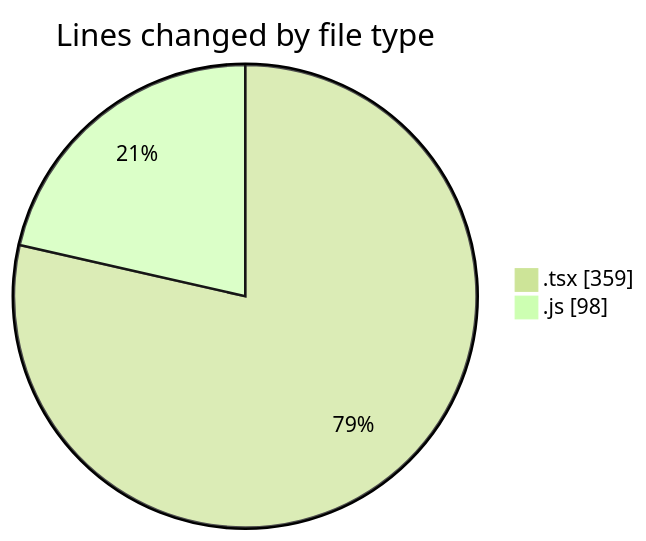
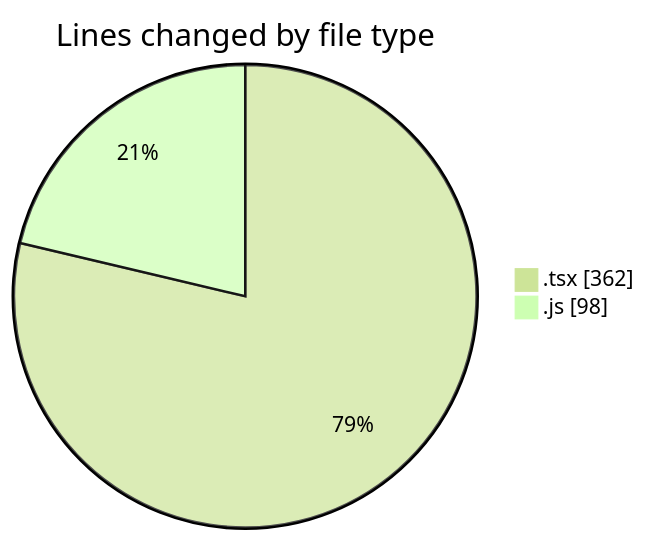
Before and after one commit to momahboobian/code-tracking: the first of 2 diagrams in 2025-03-31/cda/README.md, drawn with Mermaid (forest theme). The commit also changed other lines of this file and 1 other file, not shown here.

````diff
--- a/2025-03-31/cda/README.md
+++ b/2025-03-31/cda/README.md
@@ -24,6 +24,6 @@
 ```mermaid
 pie showData
 title Lines changed by file type
-".tsx" : 359
+".tsx" : 362
 ".js" : 98
 ```
````
